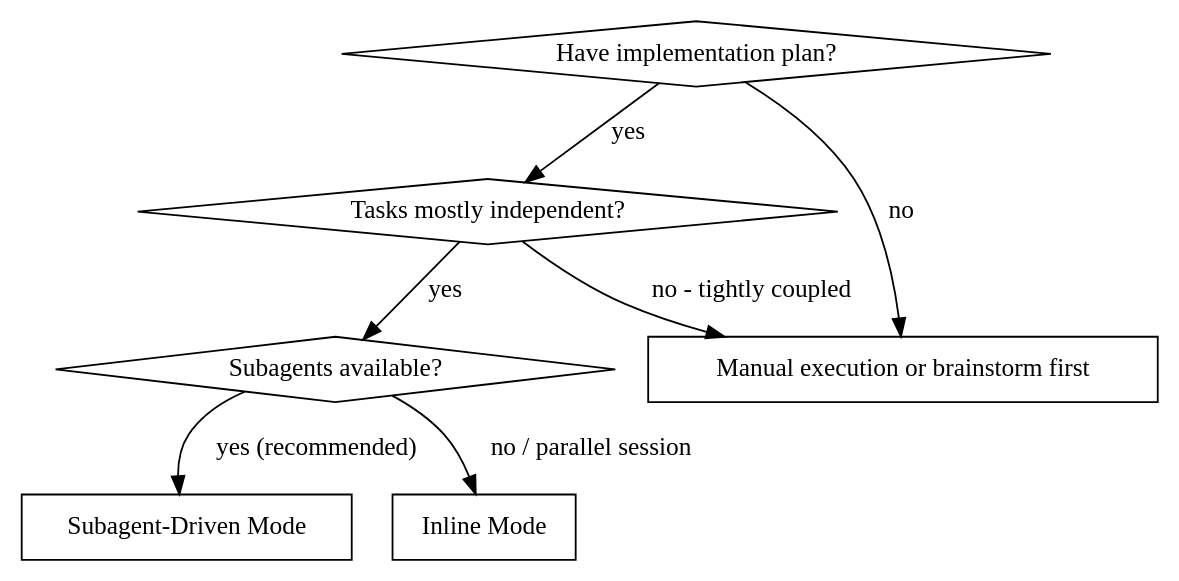
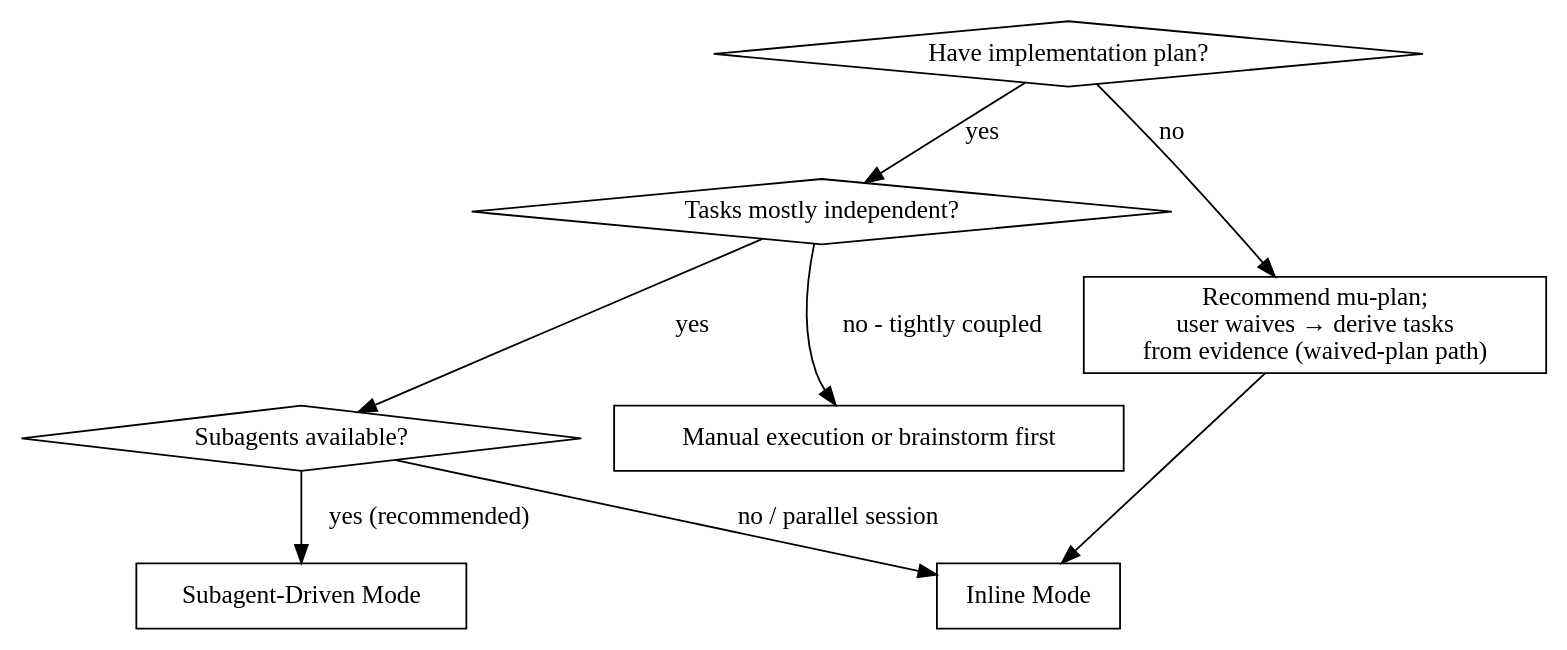
Before and after one commit to knotmark-ai/devmuse: the second of 4 diagrams in skills/mu-code/SKILL.md, drawn with Graphviz. The commit also changed other lines of this file and 4 other files, not shown here.

````diff
--- a/skills/mu-code/SKILL.md
+++ b/skills/mu-code/SKILL.md
@@ -201,17 +201,19 @@
 ```dot
 digraph when_to_use {
     "Have implementation plan?" [shape=diamond];
     "Tasks mostly independent?" [shape=diamond];
     "Subagents available?" [shape=diamond];
     "Subagent-Driven Mode" [shape=box];
     "Inline Mode" [shape=box];
     "Manual execution or brainstorm first" [shape=box];
 
+    "Recommend mu-plan;\nuser waives → derive tasks\nfrom evidence (waived-plan path)" [shape=box];
     "Have implementation plan?" -> "Tasks mostly independent?" [label="yes"];
-    "Have implementation plan?" -> "Manual execution or brainstorm first" [label="no"];
+    "Have implementation plan?" -> "Recommend mu-plan;\nuser waives → derive tasks\nfrom evidence (waived-plan path)" [label="no"];
+    "Recommend mu-plan;\nuser waives → derive tasks\nfrom evidence (waived-plan path)" -> "Inline Mode";
     "Tasks mostly independent?" -> "Subagents available?" [label="yes"];
     "Tasks mostly independent?" -> "Manual execution or brainstorm first" [label="no - tightly coupled"];
     "Subagents available?" -> "Subagent-Driven Mode" [label="yes (recommended)"];
     "Subagents available?" -> "Inline Mode" [label="no / parallel session"];
 }
 ```
````
